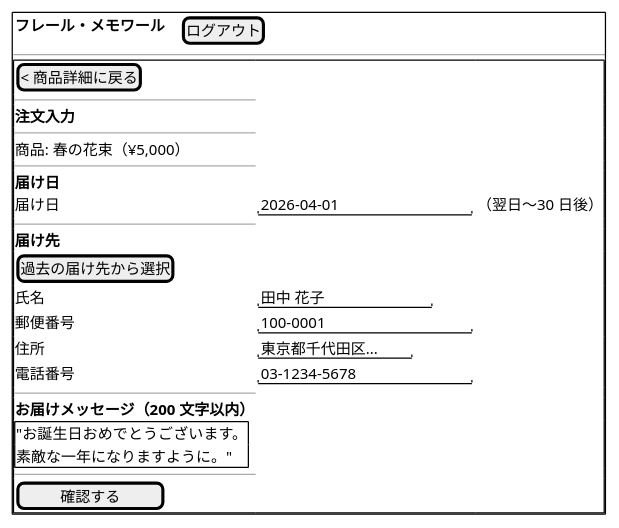
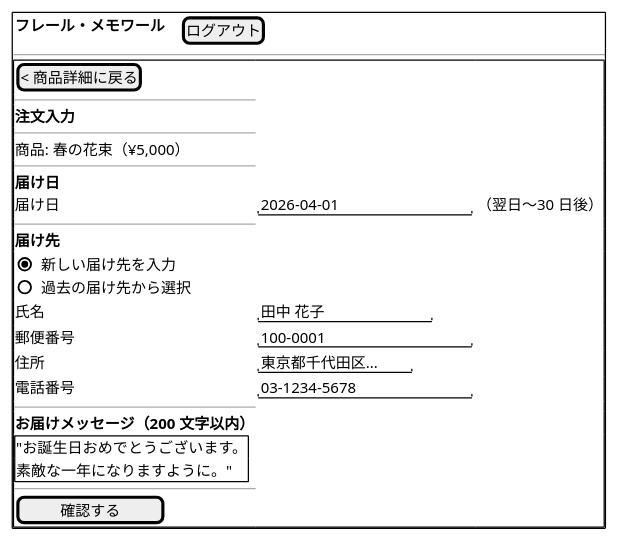
Before and after one commit to k2works/case-study-sdd-development: the ninth of 26 diagrams in docs/design/ui-design.md, drawn with PlantUML. The commit also changed other lines of this file and 1 other file, not shown here.

First line of the commit message:
docs: IT7 画面設計を PlantUML salt に変換

````diff
--- a/docs/design/ui-design.md
+++ b/docs/design/ui-design.md
@@ -361,35 +361,38 @@
 ```plantuml
 @startsalt
 {+
   {
     <b>フレール・メモワール | . | . | [ログアウト]
   }
   ---
   {+
     [< 商品詳細に戻る]
     ---
     <b>注文入力
     ---
     商品: 春の花束（¥5,000）
     ---
     <b>届け日
     届け日 | "2026-04-01           " | （翌日〜30 日後）
     ---
     <b>届け先
-    [過去の届け先から選択]
+    {
+      (X) 新しい届け先を入力
+      () 過去の届け先から選択
+    }
     氏名     | "田中 花子            "
     郵便番号 | "100-0001             "
     住所     | "東京都千代田区...     "
     電話番号 | "03-1234-5678         "
     ---
     <b>お届けメッセージ（200 文字以内）
     {+
       "お誕生日おめでとうございます。
        素敵な一年になりますように。"
     }
     ---
     [     確認する     ]
   }
 }
 @endsalt
 ```
````
